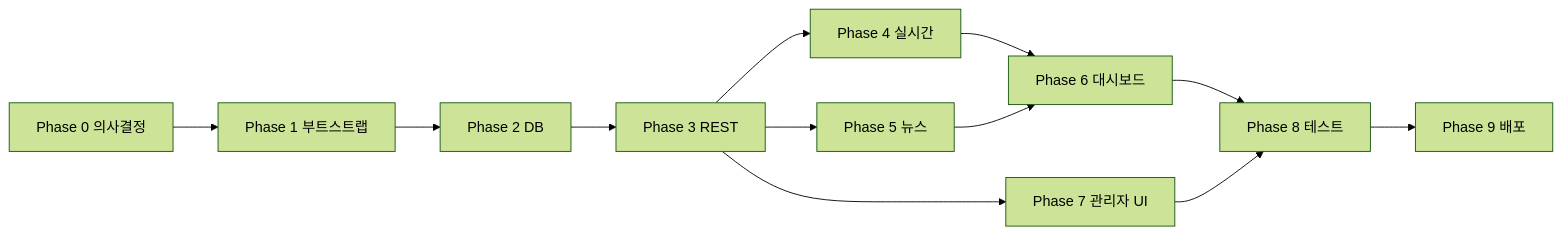
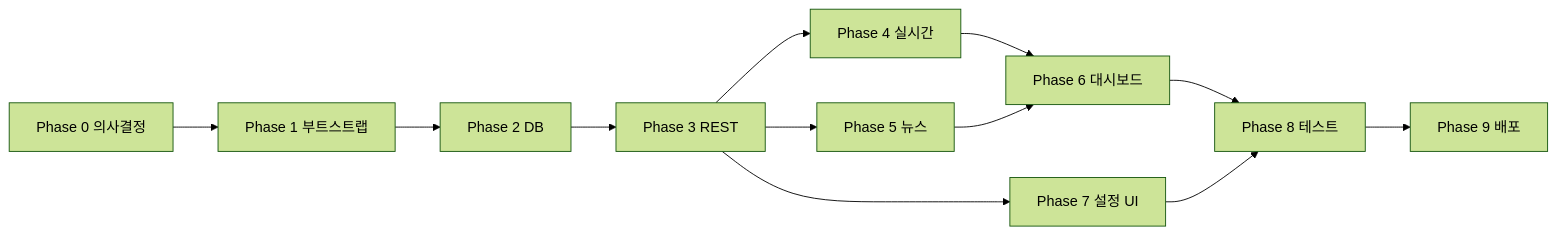
One commit to Hyun-Kim95/stock-monitoring changed the second of 2 diagrams in DEVELOPMENT_TODO.md. Above: the diagram before and after it, drawn with Mermaid (forest theme). The commit also changed other lines of this file and 42 other files, not shown here.

````diff
--- a/DEVELOPMENT_TODO.md
+++ b/DEVELOPMENT_TODO.md
@@ -488,22 +488,22 @@
 ```mermaid
 flowchart LR
   P0[Phase 0 의사결정]
   P1[Phase 1 부트스트랩]
   P2[Phase 2 DB]
   P3[Phase 3 REST]
   P4[Phase 4 실시간]
   P5[Phase 5 뉴스]
   P6[Phase 6 대시보드]
-  P7[Phase 7 관리자 UI]
+  P7[Phase 7 설정 UI]
   P8[Phase 8 테스트]
   P9[Phase 9 배포]
   P0 --> P1 --> P2 --> P3
   P3 --> P4
   P3 --> P5
   P4 --> P6
   P5 --> P6
   P3 --> P7
   P6 --> P8
   P7 --> P8
   P8 --> P9
 ```
````
